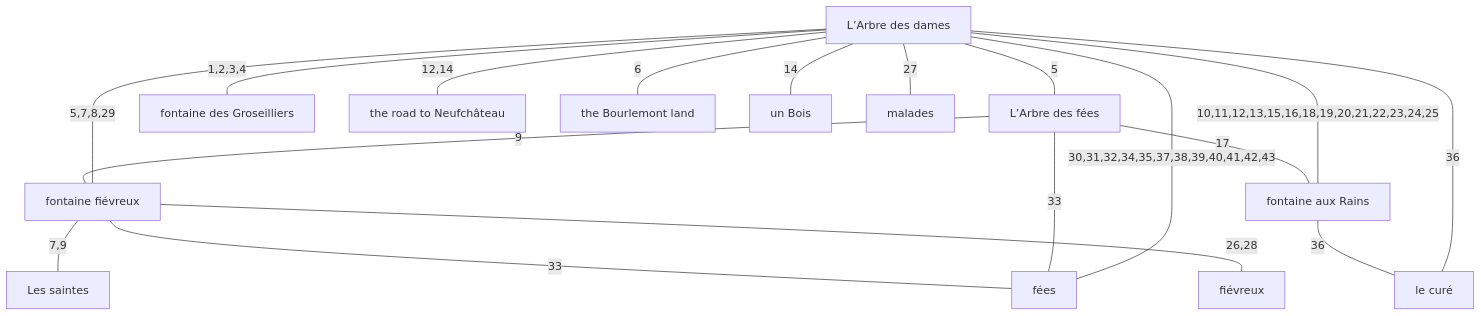
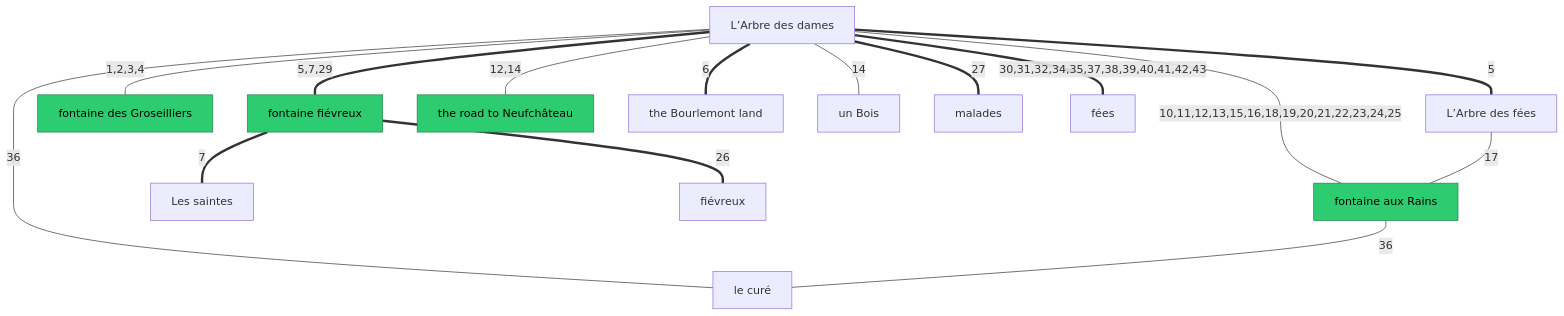
Before and after one commit to kitty-catt/the-location-of-the-arbre-des-dames-and-the-spring-of-joan-of-arc: the diagram in breakout/combined.md, drawn with Mermaid. The commit also changed other lines of this file and 1 other file, not shown here.

````diff
--- a/breakout/combined.md
+++ b/breakout/combined.md
@@ -126,34 +198,35 @@
 ```mermaid
 graph TD
+    classDef archaeological fill:#2ecc71,stroke:#1e8449,color:#000;
+
     N1["L’Arbre des dames"]
     N2["L’Arbre des fées"]
     N3["fontaine des Groseilliers"]
     N4["fontaine fiévreux"]
     N5["fontaine aux Rains"]
     N6["the road to Neufchâteau"]
     N7["the Bourlemont land"]
     N8["un Bois"]
     N9["Les saintes"]
     N10["fiévreux"]
     N11["malades"]
     N12["fées"]
     N13["le curé"]
 
-    N1 -- "5" --- N2
+    N1 == "5" === N2
     N1 -- "1,2,3,4" --- N3
-    N1 -- "5,7,8,29" --- N4
-    N2 -- "9" --- N4
-    N1 -- "6" --- N7
-    N4 -- "7,9" --- N9
-    N1 -- "30,31,32,34,35,37,38,39,40,41,42,43" --- N12
-    N2 -- "33" --- N12
-    N4 -- "33" --- N12
+    N1 == "5,7,29" === N4
+    N1 == "6" === N7
+    N4 == "7" === N9
+    N1 == "30,31,32,34,35,37,38,39,40,41,42,43" === N12
     N1 -- "36" --- N13
     N5 -- "36" --- N13
-    N4 -- "26,28" --- N10
-    N1 -- "27" --- N11
+    N4 == "26" === N10
+    N1 == "27" === N11
     N1 -- "10,11,12,13,15,16,18,19,20,21,22,23,24,25" --- N5
     N2 -- "17" --- N5
     N1 -- "12,14" --- N6
     N1 -- "14" --- N8
+
+    class N3,N4,N5,N6 archaeological
 ```
````
